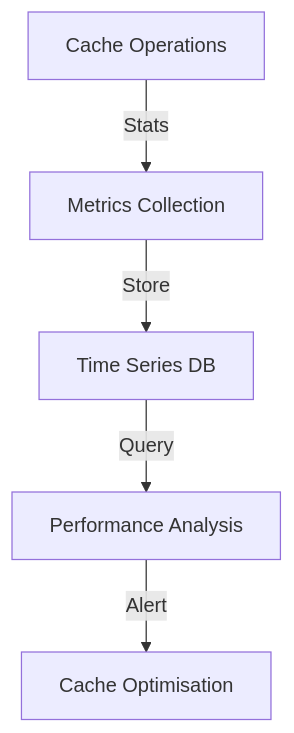
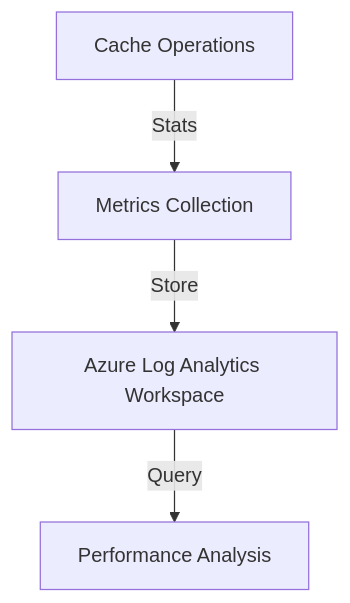
The eighth of 12 diagrams in docs/data_flow.md (UCLH-Digital-Innovation-Hub/Xhuma), drawn with Mermaid before and after one commit. The commit also changed other lines of this file and 2 other files, not shown here.

Commit message:
docs: sanitise generic resource names and align technical architecture flows

````diff
--- a/docs/data_flow.md
+++ b/docs/data_flow.md
@@ -152,7 +152,6 @@
 ```mermaid
 flowchart TD
     A[Cache Operations] -->|Stats| B[Metrics Collection]
-    B -->|Store| C[Time Series DB]
+    B -->|Store| C[Azure Log Analytics Workspace]
     C -->|Query| D[Performance Analysis]
-    D -->|Alert| E[Cache Optimisation]
 ```
````
